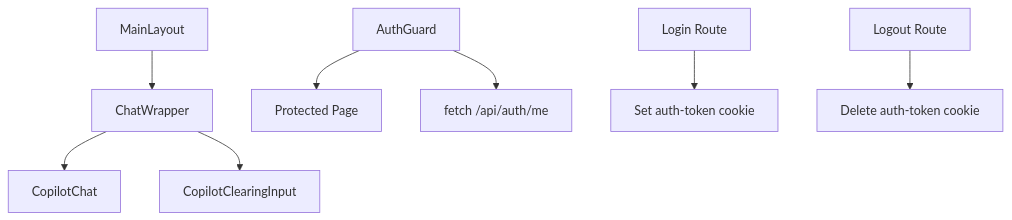
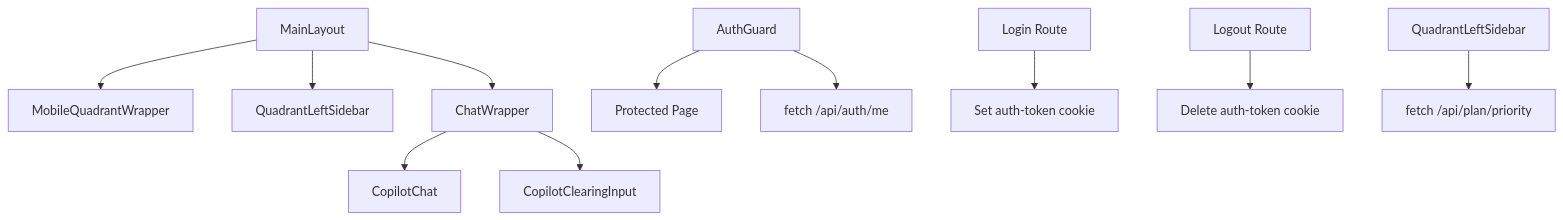
Diagram 11 of 12 in .qoder/repowiki/en/content/Frontend Architecture/Frontend Architecture.md (peixuanhu/goal-mate), drawn with Mermaid before and after one commit. The commit also changed other lines of this file and 14 other files, not shown here.

First line of the commit message:
feat(layout): enhance main layout with mobile drawer and responsive quadrants

````diff
--- a/.qoder/repowiki/en/content/Frontend Architecture/Frontend Architecture.md
+++ b/.qoder/repowiki/en/content/Frontend Architecture/Frontend Architecture.md
@@ -298,10 +538,13 @@
 ```mermaid
 flowchart TD
-A["MainLayout"] --> B["ChatWrapper"]
-B --> C["CopilotChat"]
-B --> D["CopilotClearingInput"]
-E["AuthGuard"] --> F["Protected Page"]
-E --> G["fetch /api/auth/me"]
-H["Login Route"] --> I["Set auth-token cookie"]
-J["Logout Route"] --> K["Delete auth-token cookie"]
+A["MainLayout"] --> B["MobileQuadrantWrapper"]
+A --> C["QuadrantLeftSidebar"]
+A --> D["ChatWrapper"]
+D --> E["CopilotChat"]
+D --> F["CopilotClearingInput"]
+G["AuthGuard"] --> H["Protected Page"]
+G --> I["fetch /api/auth/me"]
+J["Login Route"] --> K["Set auth-token cookie"]
+L["Logout Route"] --> M["Delete auth-token cookie"]
+N["QuadrantLeftSidebar"] --> O["fetch /api/plan/priority"]
 ```
````
